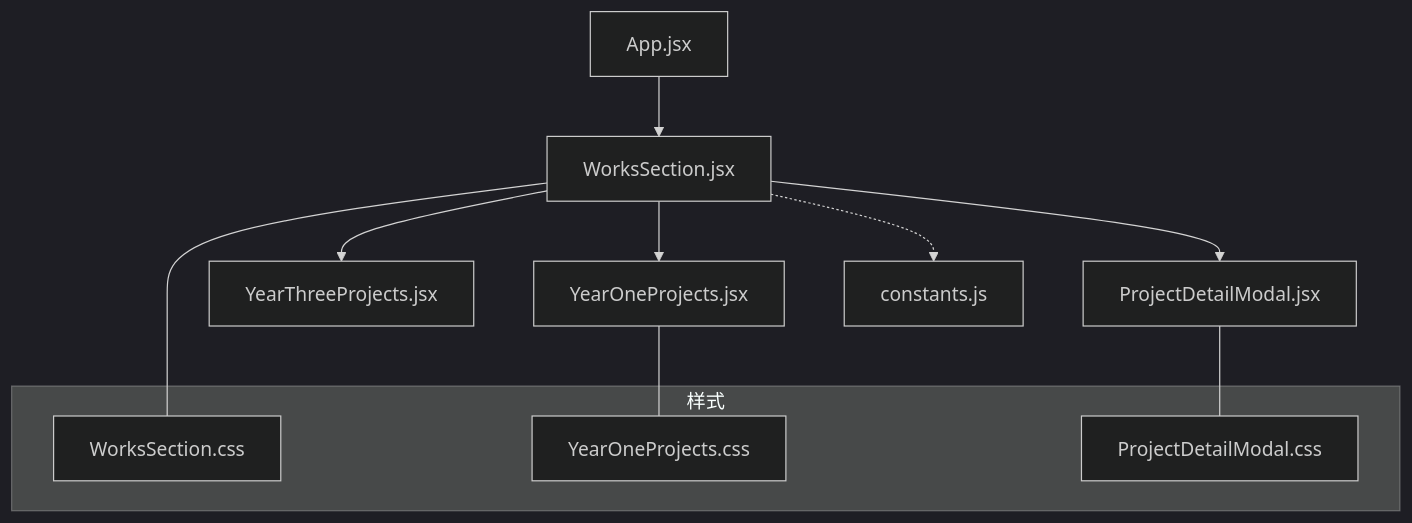
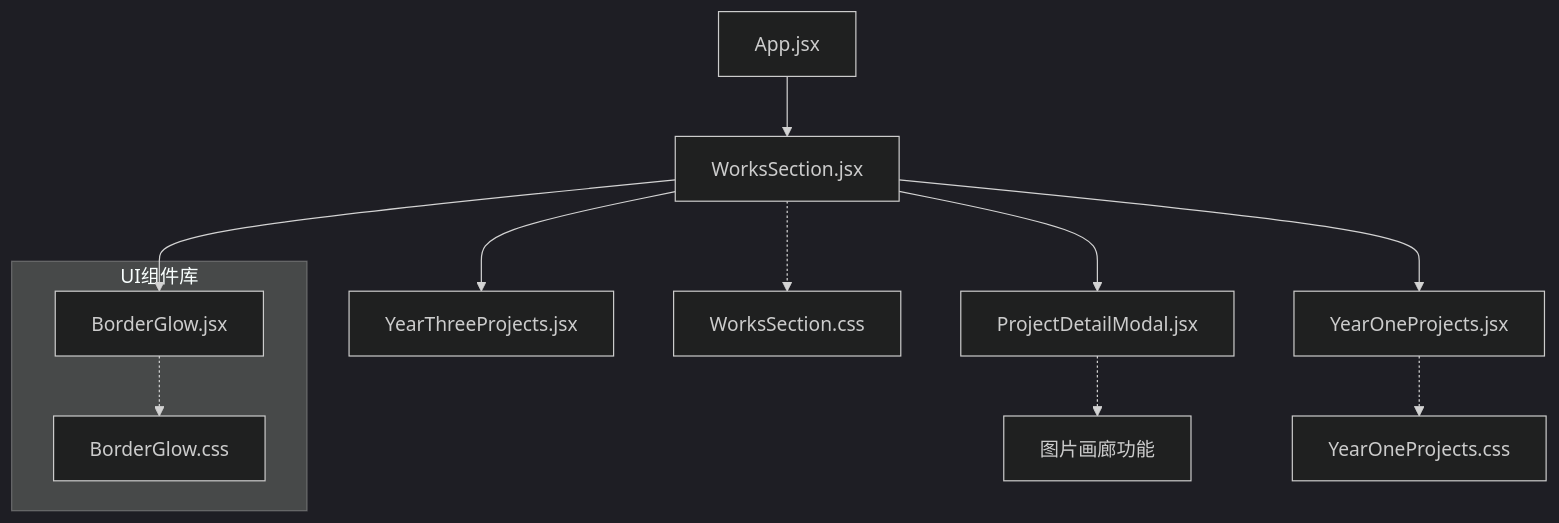
One commit to lithos666/lithos666.github.io changed the first of 4 diagrams in .qoder/repowiki/zh/content/核心功能模块/作品展示组件/作品展示主组件.md. Above: the diagram before and after it, drawn with Mermaid (dark theme). The commit also changed other lines of this file and 51 other files, not shown here.

````diff
--- a/.qoder/repowiki/zh/content/核心功能模块/作品展示组件/作品展示主组件.md
+++ b/.qoder/repowiki/zh/content/核心功能模块/作品展示组件/作品展示主组件.md
@@ -47,16 +60,16 @@
 ```mermaid
 graph TB
 A["App.jsx"] --> B["WorksSection.jsx"]
 B --> C["YearOneProjects.jsx"]
 B --> D["YearThreeProjects.jsx"]
 B --> E["ProjectDetailModal.jsx"]
-B -.-> F["constants.js"]
-subgraph "样式"
-G["WorksSection.css"]
-H["YearOneProjects.css"]
-I["ProjectDetailModal.css"]
+B --> F["BorderGlow.jsx"]
+E -.-> G["图片画廊功能"]
+F -.-> H["BorderGlow.css"]
+B -.-> I["WorksSection.css"]
+C -.-> J["YearOneProjects.css"]
+subgraph "UI组件库"
+F["BorderGlow.jsx"]
+H["BorderGlow.css"]
 end
-B --- G
-C --- H
-E --- I
 ```
````
